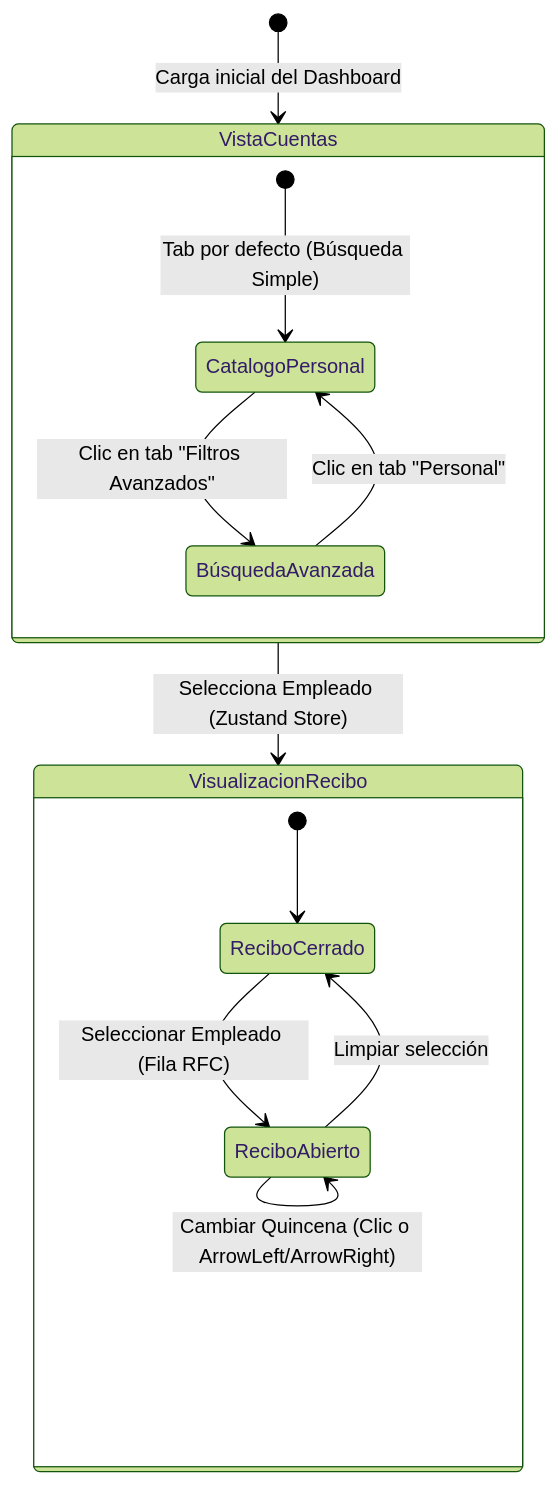
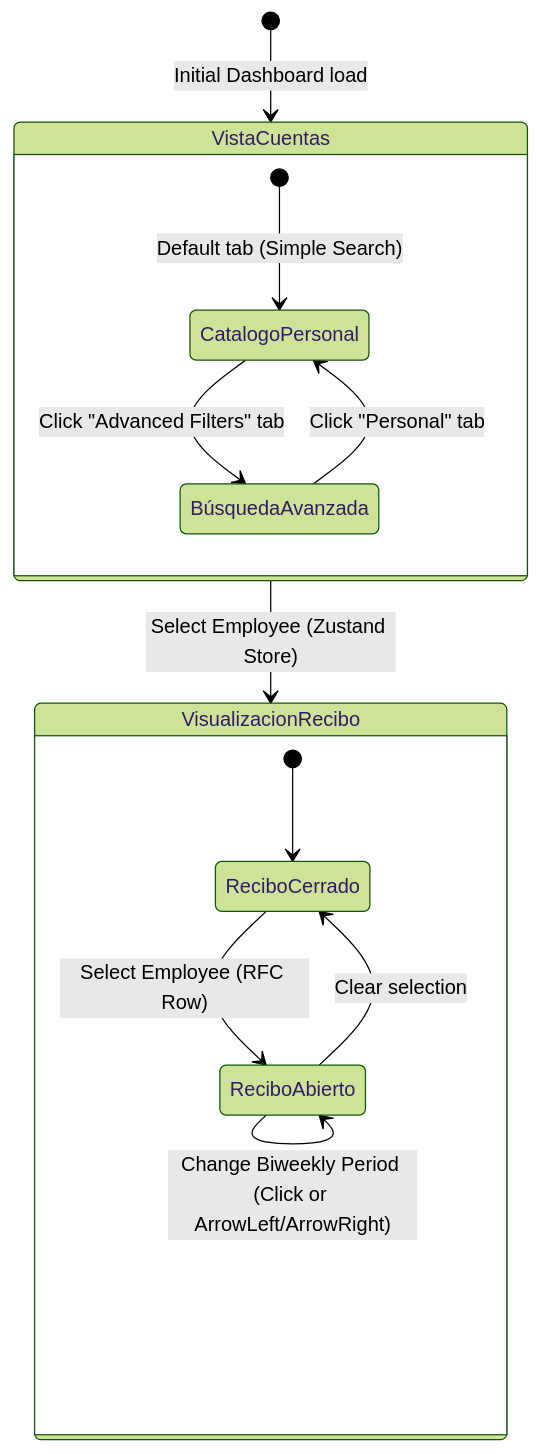
Before and after one commit to alexander-tinoco/nominas: the fifth of 5 diagrams in README.md, drawn with Mermaid (forest theme). The commit also changed other lines of this file, not shown here.

````diff
--- a/README.md
+++ b/README.md
@@ -451,19 +451,19 @@
 ```mermaid
 stateDiagram-v2
-    [*] --> VistaCuentas : Carga inicial del Dashboard
-    
+    [*] --> VistaCuentas : Initial Dashboard load
+
     state VistaCuentas {
-        [*] --> CatalogoPersonal : Tab por defecto (Búsqueda Simple)
-        CatalogoPersonal --> BúsquedaAvanzada : Clic en tab "Filtros Avanzados"
-        BúsquedaAvanzada --> CatalogoPersonal : Clic en tab "Personal"
+        [*] --> CatalogoPersonal : Default tab (Simple Search)
+        CatalogoPersonal --> BúsquedaAvanzada : Click "Advanced Filters" tab
+        BúsquedaAvanzada --> CatalogoPersonal : Click "Personal" tab
     }
 
     state VisualizacionRecibo {
         [*] --> ReciboCerrado
-        ReciboCerrado --> ReciboAbierto : Seleccionar Empleado (Fila RFC)
-        ReciboAbierto --> ReciboAbierto : Cambiar Quincena (Clic o ArrowLeft/ArrowRight)
-        ReciboAbierto --> ReciboCerrado : Limpiar selección
+        ReciboCerrado --> ReciboAbierto : Select Employee (RFC Row)
+        ReciboAbierto --> ReciboAbierto : Change Biweekly Period (Click or ArrowLeft/ArrowRight)
+        ReciboAbierto --> ReciboCerrado : Clear selection
     }
 
-    VistaCuentas --> VisualizacionRecibo : Selecciona Empleado (Zustand Store)
+    VistaCuentas --> VisualizacionRecibo : Select Employee (Zustand Store)
 ```
````
